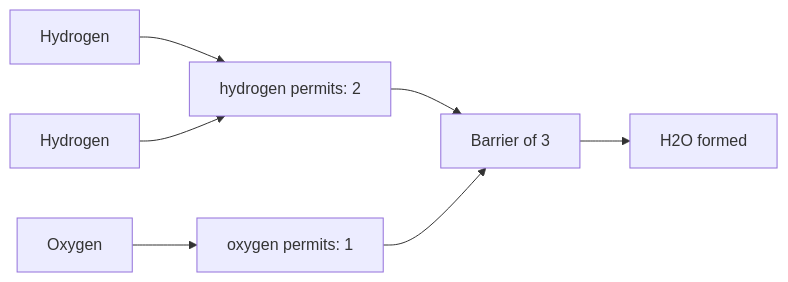
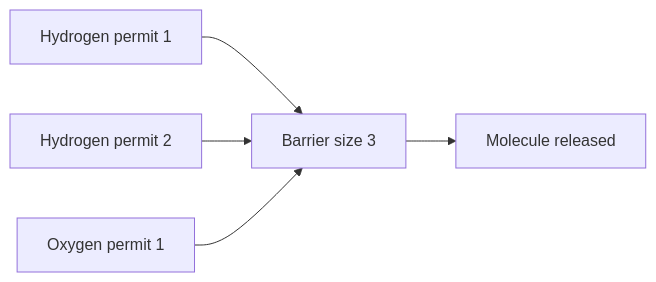
Before and after one commit to mthaiseer/springcloud-systemdesign-notes: the fifth of 29 diagrams in HLD_NOTES/003_TECHNOLOGY_DEEP_DIVE/core-java/java_concurrency_visual_reference.md, drawn with Mermaid. The commit also changed other lines of this file, not shown here.

````diff
--- a/HLD_NOTES/003_TECHNOLOGY_DEEP_DIVE/core-java/java_concurrency_visual_reference.md
+++ b/HLD_NOTES/003_TECHNOLOGY_DEEP_DIVE/core-java/java_concurrency_visual_reference.md
@@ -281,9 +275,7 @@
 ```mermaid
 flowchart LR
-    H1[Hydrogen] --> HS[hydrogen permits: 2]
-    H2[Hydrogen] --> HS
-    O[Oxygen] --> OS[oxygen permits: 1]
-    HS --> B[Barrier of 3]
-    OS --> B
-    B --> W[H2O formed]
+    H1[Hydrogen permit 1] --> B[Barrier size 3]
+    H2[Hydrogen permit 2] --> B
+    O[Oxygen permit 1] --> B
+    B --> M[Molecule released]
 ```
````
